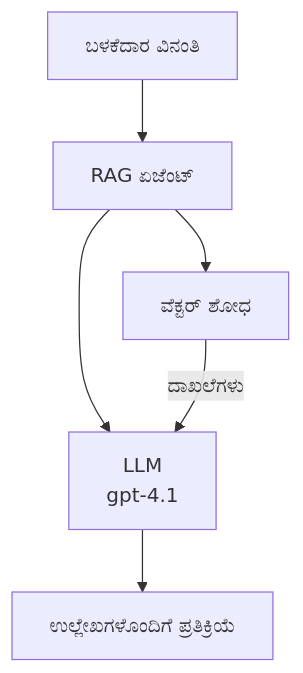
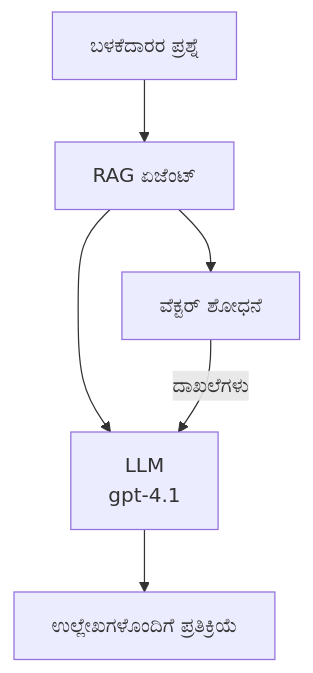
Before and after one commit to microsoft/AZD-for-beginners: the second of 3 diagrams in translations/kn/docs/chapter-02-ai-development/agents.md, drawn with Mermaid. The commit also changed other lines of this file and 104 other files, not shown here.

````diff
--- a/translations/kn/docs/chapter-02-ai-development/agents.md
+++ b/translations/kn/docs/chapter-02-ai-development/agents.md
@@ -175,8 +181,8 @@
 ```mermaid
 graph TD
-    Query[ಬಳಕೆದಾರ ವಿನಂತಿ] --> RAG[RAG ಏಜೆಂಟ್]
-    RAG --> Vector[ವೆಕ್ಟರ್ ಶೋಧ]
+    Query[ಬಳಕೆದಾರರ ಪ್ರಶ್ನೆ] --> RAG[RAG ಏಜೆಂಟ್]
+    RAG --> Vector[ವೆಕ್ಟರ್ ಶೋಧನೆ]
     RAG --> LLM[LLM<br/>gpt-4.1]
     Vector -- ದಾಖಲೆಗಳು --> LLM
     LLM --> Response[ಉಲ್ಲೇಖಗಳೊಂದಿಗೆ ಪ್ರತಿಕ್ರಿಯೆ]
 ```
````
